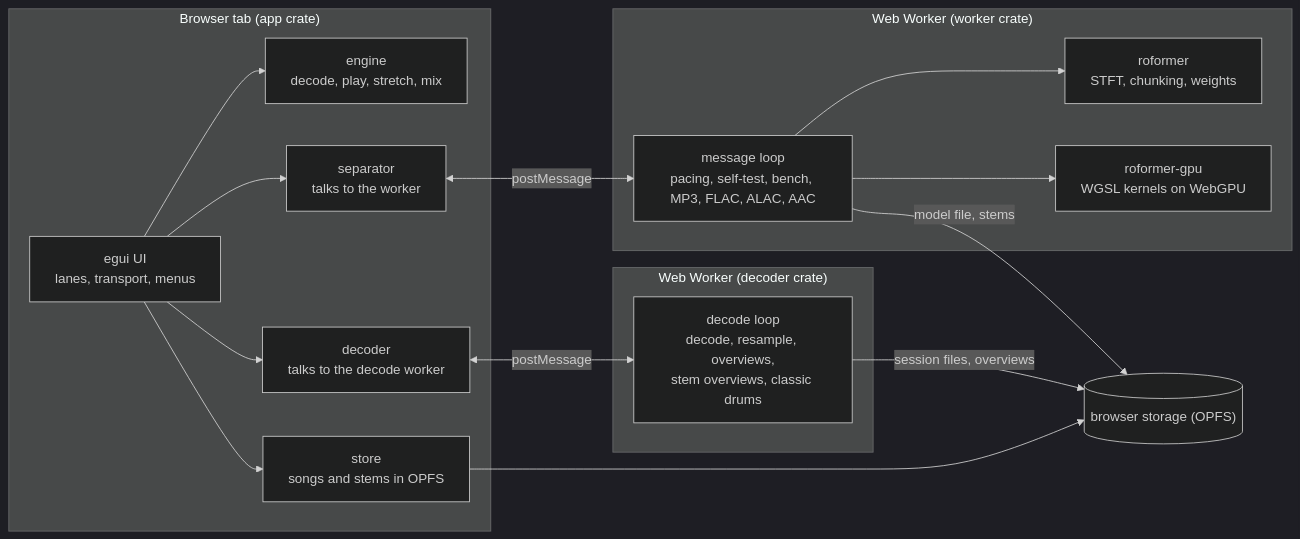
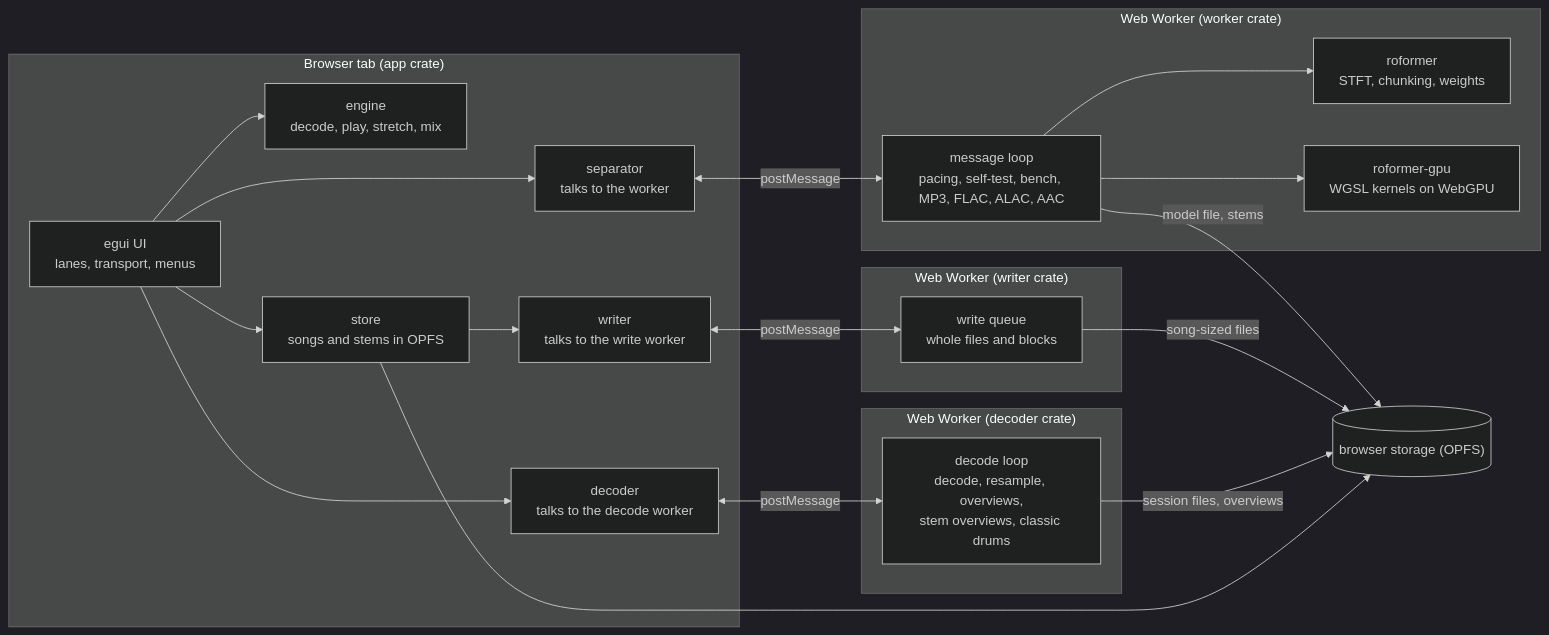
Before and after one commit to lloydmeta/stemyla: the first of 5 diagrams in docs/ARCHITECTURE.md, drawn with Mermaid (dark theme). The commit also changed other lines of this file and 40 other files, not shown here.

First line of the commit message:
write-worker: a page-side worker that writes through sync access handles (M5.1, Step 5b)

````diff
--- a/docs/ARCHITECTURE.md
+++ b/docs/ARCHITECTURE.md
@@ -5,29 +5,36 @@
 ```mermaid
 flowchart LR
   subgraph page["Browser tab (app crate)"]
     UI["egui UI<br/>lanes, transport, menus"]
     ENG["engine<br/>decode, play, stretch, mix"]
     STORE["store<br/>songs and stems in OPFS"]
     SEP["separator<br/>talks to the worker"]
     DEC["decoder<br/>talks to the decode worker"]
+    WRC["writer<br/>talks to the write worker"]
+  end
+  subgraph writer["Web Worker (writer crate)"]
+    WW["write queue<br/>whole files and blocks"]
   end
   subgraph decoder["Web Worker (decoder crate)"]
     DW["decode loop<br/>decode, resample, overviews,<br/>stem overviews, classic drums"]
   end
   subgraph worker["Web Worker (worker crate)"]
     W["message loop<br/>pacing, self-test, bench, MP3, FLAC, ALAC, AAC"]
     RF["roformer<br/>STFT, chunking, weights"]
     GPU["roformer-gpu<br/>WGSL kernels on WebGPU"]
   end
   UI --> ENG
   UI --> STORE
   UI --> SEP
   UI --> DEC
+  STORE --> WRC
   SEP <-->|postMessage| W
   DEC <-->|postMessage| DW
+  WRC <-->|postMessage| WW
+  WW -->|song-sized files| OPFS
   DW -->|session files, overviews| OPFS
   W --> RF
   W --> GPU
   W -->|model file, stems| OPFS[("browser storage (OPFS)")]
   STORE --> OPFS
 ```
````
